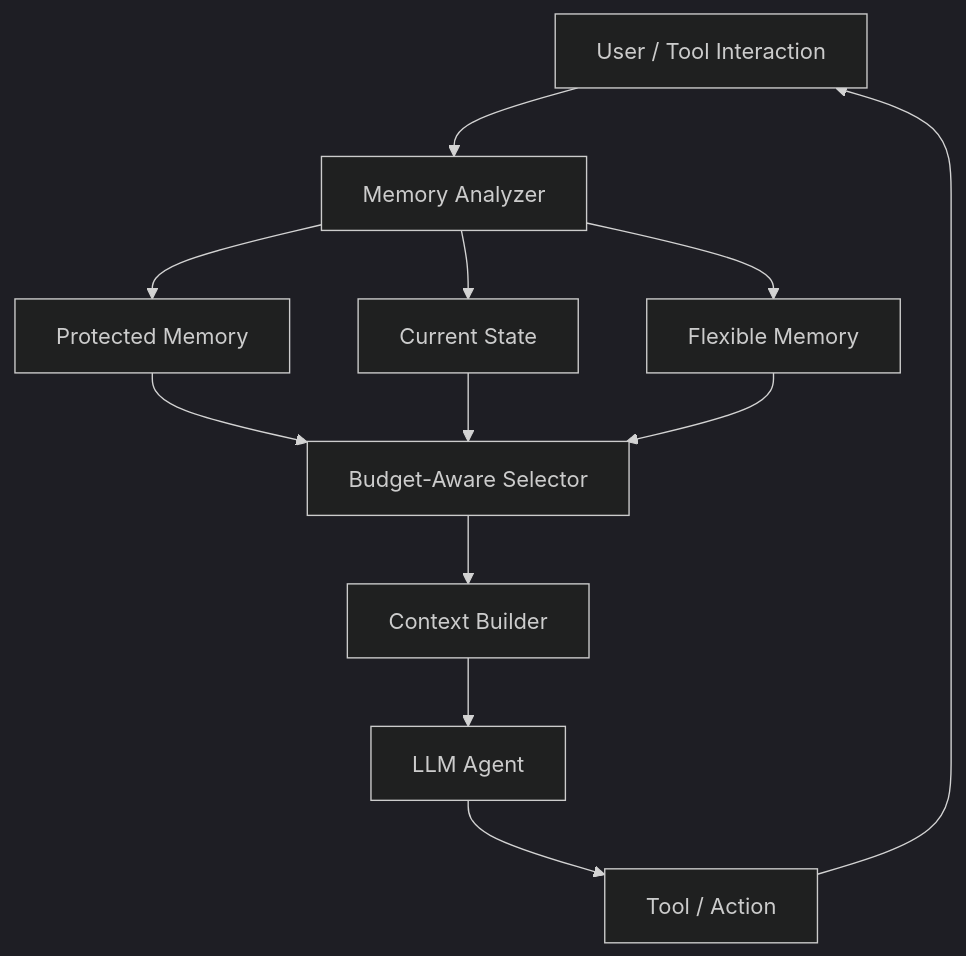
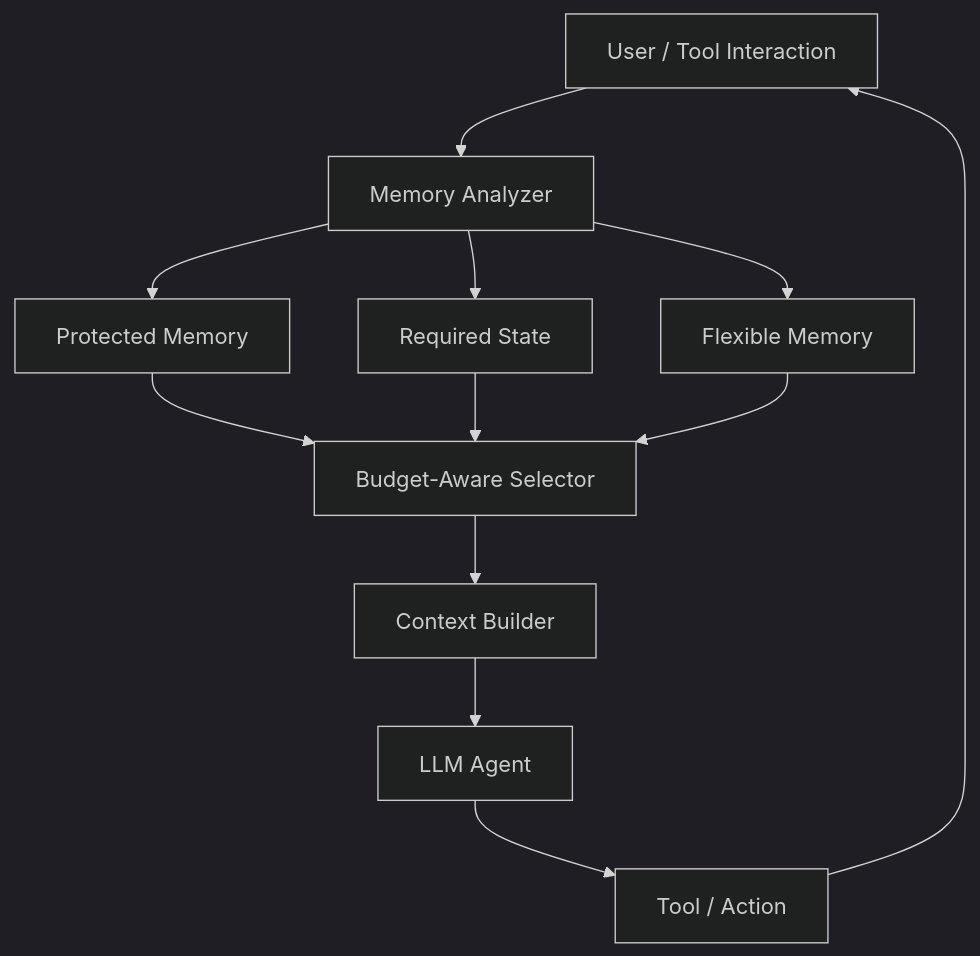
Before and after one commit to HanyangTechAI/2026-2-HAI-ProjectTeam1: the diagram in README.md, drawn with Mermaid (dark theme). The commit also changed other lines of this file, not shown here.

````diff
--- a/README.md
+++ b/README.md
@@ -34,14 +34,14 @@
 ```mermaid
 flowchart TD
     A[User / Tool Interaction] --> B[Memory Analyzer]
     B --> C[Protected Memory]
-    B --> D[Current State]
+    B --> D[Required State]
     B --> E[Flexible Memory]
     C --> F[Budget-Aware Selector]
     D --> F
     E --> F
     F --> G[Context Builder]
     G --> H[LLM Agent]
     H --> I[Tool / Action]
     I --> A
 ```
````
